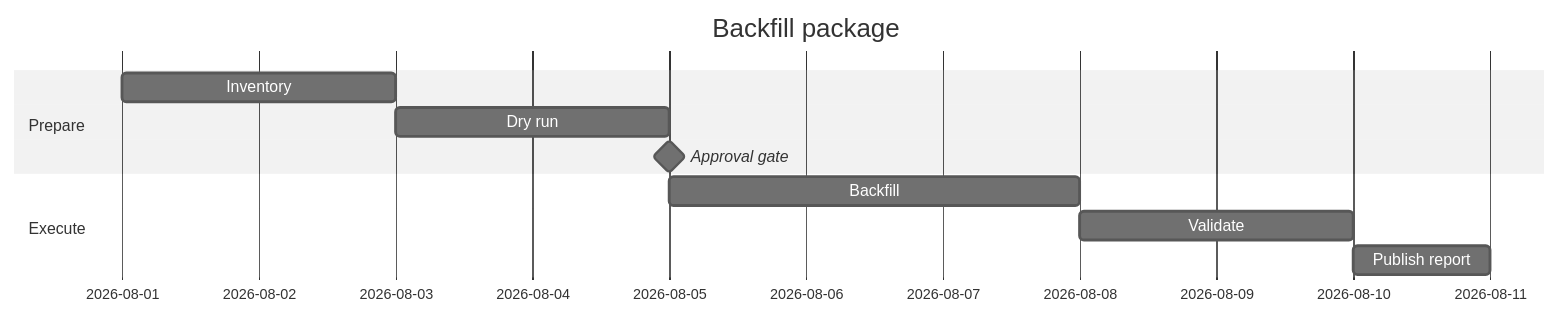
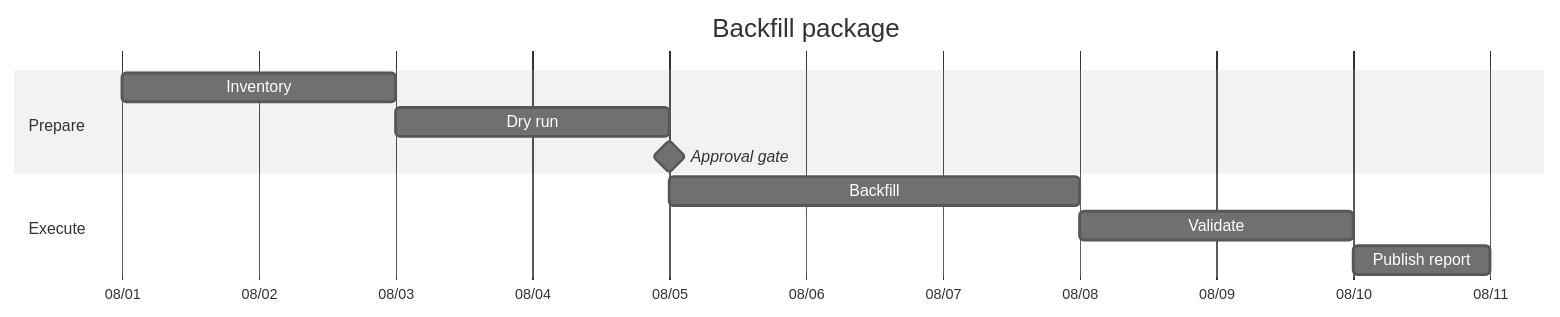
The fourth of 4 diagrams in src/rulesync/.rulesync/skills/mols-mermaid-diagram/references/examples/gantt.md (mols3131d/mols-agent-assets), drawn with Mermaid (neutral theme) before and after one commit. The commit also changed other lines of this file and 27 other files, not shown here.

Commit message:
docs(mermaid): diagram examples 단계별 고도화

````diff
--- a/src/rulesync/.rulesync/skills/mols-mermaid-diagram/references/examples/gantt.md
+++ b/src/rulesync/.rulesync/skills/mols-mermaid-diagram/references/examples/gantt.md
@@ -41,13 +94,15 @@
 ```mermaid
 gantt
     title Backfill package
     dateFormat  YYYY-MM-DD
+    axisFormat  %m/%d
+    todayMarker off
     section Prepare
     Inventory       :inventory, 2026-08-01, 2d
     Dry run         :dryrun, after inventory, 2d
     Approval gate   :milestone, approval, after dryrun, 0d
     section Execute
     Backfill        :backfill, after approval, 3d
     Validate        :validate, after backfill, 2d
     Publish report  :report, after validate, 1d
 ```
````
